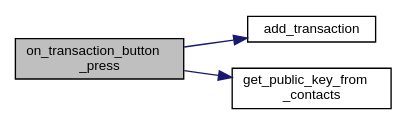
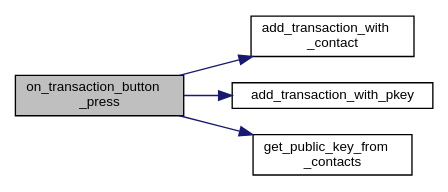
The diagram in docs/documentation/ui_8c_a5e22e78adc3ccb25f63ee84836cc83e4_cgraph.dot (nathan-rabet/PEPITAS-Cryptocurrency), drawn with Graphviz before and after one commit. The commit also changed 192 other files, not shown here.

```diff
--- a/docs/documentation/ui_8c_a5e22e78adc3ccb25f63ee84836cc83e4_cgraph.dot
+++ b/docs/documentation/ui_8c_a5e22e78adc3ccb25f63ee84836cc83e4_cgraph.dot
@@ -1,12 +1,14 @@
 digraph "on_transaction_button_press"
 {
  // LATEX_PDF_SIZE
   edge [fontname="Helvetica",fontsize="10",labelfontname="Helvetica",labelfontsize="10"];
   node [fontname="Helvetica",fontsize="10",shape=record];
   rankdir="LR";
   Node1 [label="on_transaction_button\l_press",height=0.2,width=0.4,color="black", fillcolor="grey75", style="filled", fontcolor="black",tooltip=" "];
   Node1 -> Node2 [color="midnightblue",fontsize="10",style="solid",fontname="Helvetica"];
-  Node2 [label="add_transaction",height=0.2,width=0.4,color="black", fillcolor="white", style="filled",URL="$ui_8c.html#ab8aad46e2f9e2078aaedfc1d301416dd",tooltip=" "];
+  Node2 [label="add_transaction_with\l_contact",height=0.2,width=0.4,color="black", fillcolor="white", style="filled",URL="$ui_8c.html#a9f9ada2bfa01c401df766ed824f0fdfd",tooltip=" "];
   Node1 -> Node3 [color="midnightblue",fontsize="10",style="solid",fontname="Helvetica"];
-  Node3 [label="get_public_key_from\l_contacts",height=0.2,width=0.4,color="black", fillcolor="white", style="filled",URL="$ui_8c.html#a0ff6af24bc9be5261b9ef9f6169c91da",tooltip=" "];
+  Node3 [label="add_transaction_with_pkey",height=0.2,width=0.4,color="black", fillcolor="white", style="filled",URL="$ui_8c.html#adf3736e772d266218ca1c9c0e4b38ac3",tooltip=" "];
+  Node1 -> Node4 [color="midnightblue",fontsize="10",style="solid",fontname="Helvetica"];
+  Node4 [label="get_public_key_from\l_contacts",height=0.2,width=0.4,color="black", fillcolor="white", style="filled",URL="$ui_8c.html#a0ff6af24bc9be5261b9ef9f6169c91da",tooltip=" "];
 }
```
